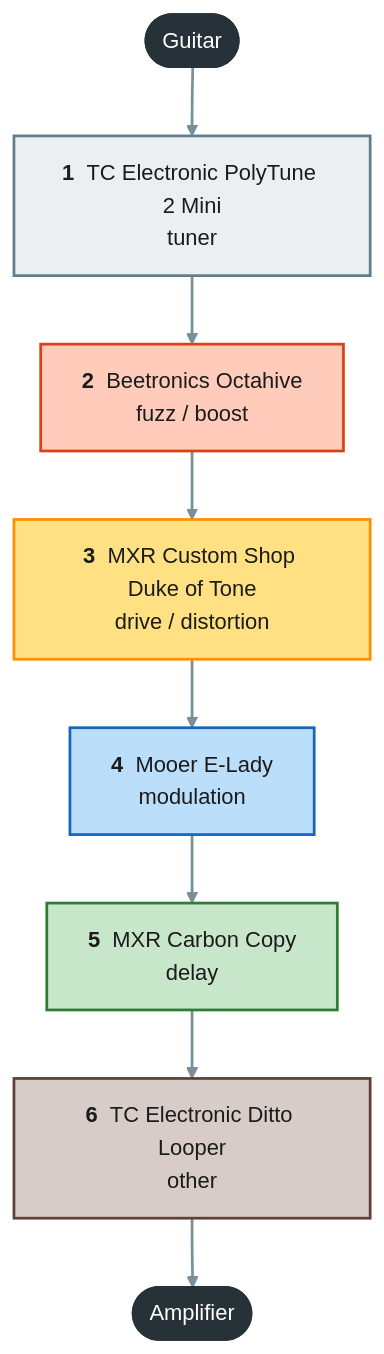
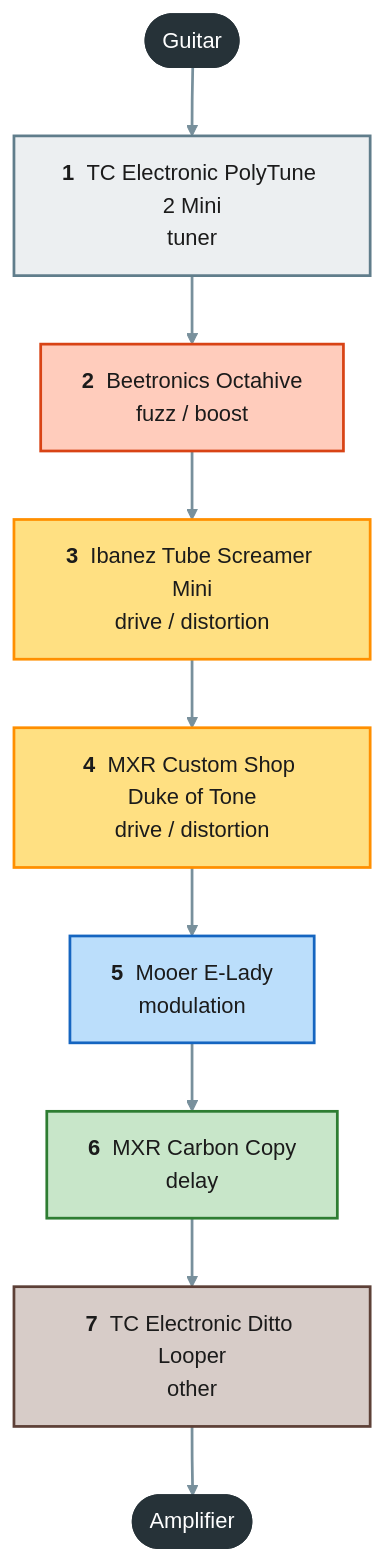
One commit to pedroacvieira/pedalboard changed the diagram in projects/guitar-practice/signal-chain.mmd. Above: the diagram before and after it, drawn with Mermaid (forest theme). The commit also changed 22 other files, not shown here.

Commit message:
Layouts of all three boards; bass on the XPND 1 + extension with the MXR Bass Envelope Filter and Bass Chorus Deluxe; practice with the Tube Screamer Mini; owner's jacks and footswitches

```diff
--- a/projects/guitar-practice/signal-chain.mmd
+++ b/projects/guitar-practice/signal-chain.mmd
@@ -1,18 +1,19 @@
 flowchart TB
     guitar(["Guitar"]):::endpoint
     polytune_2_mini["<b>1</b> &nbsp;TC Electronic PolyTune 2 Mini<br/>tuner"]:::c_tuner
     octahive["<b>2</b> &nbsp;Beetronics Octahive<br/>fuzz / boost"]:::c_fuzz___boost
-    duke_of_tone["<b>3</b> &nbsp;MXR Custom Shop Duke of Tone<br/>drive / distortion"]:::c_drive___distortion
-    e_lady["<b>4</b> &nbsp;Mooer E-Lady<br/>modulation"]:::c_modulation
-    carbon_copy["<b>5</b> &nbsp;MXR Carbon Copy<br/>delay"]:::c_delay
-    ditto_looper["<b>6</b> &nbsp;TC Electronic Ditto Looper<br/>other"]:::c_other
+    ibanez_ts_mini["<b>3</b> &nbsp;Ibanez Tube Screamer Mini<br/>drive / distortion"]:::c_drive___distortion
+    duke_of_tone["<b>4</b> &nbsp;MXR Custom Shop Duke of Tone<br/>drive / distortion"]:::c_drive___distortion
+    e_lady["<b>5</b> &nbsp;Mooer E-Lady<br/>modulation"]:::c_modulation
+    carbon_copy["<b>6</b> &nbsp;MXR Carbon Copy<br/>delay"]:::c_delay
+    ditto_looper["<b>7</b> &nbsp;TC Electronic Ditto Looper<br/>other"]:::c_other
     amp(["Amplifier"]):::endpoint
-    guitar --> polytune_2_mini --> octahive --> duke_of_tone --> e_lady --> carbon_copy --> ditto_looper --> amp
+    guitar --> polytune_2_mini --> octahive --> ibanez_ts_mini --> duke_of_tone --> e_lady --> carbon_copy --> ditto_looper --> amp
     classDef endpoint fill:#263238,stroke:#263238,color:#ffffff
     classDef c_tuner fill:#eceff1,stroke:#607d8b,stroke-width:2px,color:#1b1b1b
     classDef c_fuzz___boost fill:#ffccbc,stroke:#d84315,stroke-width:2px,color:#1b1b1b
     classDef c_drive___distortion fill:#ffe082,stroke:#ff8f00,stroke-width:2px,color:#1b1b1b
     classDef c_modulation fill:#bbdefb,stroke:#1565c0,stroke-width:2px,color:#1b1b1b
     classDef c_delay fill:#c8e6c9,stroke:#2e7d32,stroke-width:2px,color:#1b1b1b
     classDef c_other fill:#d7ccc8,stroke:#5d4037,stroke-width:2px,color:#1b1b1b
     linkStyle default stroke:#78909c,stroke-width:2px
```
